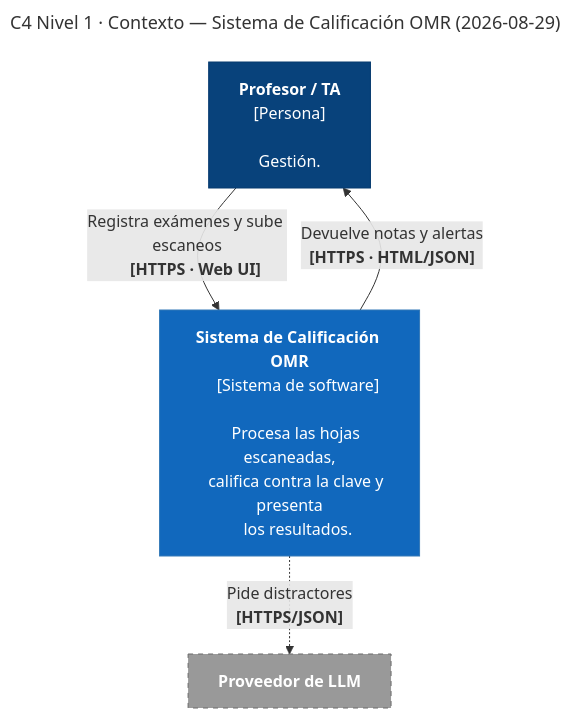
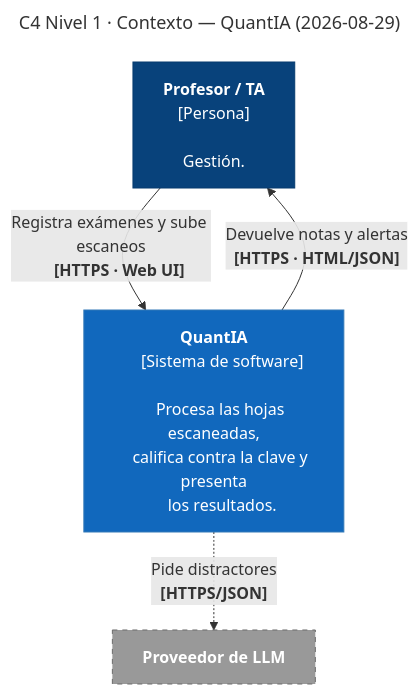
Before and after one commit to ISCOUTB/AS_202620_Sistema-de-calificacion-automatica: the first of 4 diagrams in docs/c4/doc-c4.md, drawn with Mermaid. The commit also changed other lines of this file, not shown here.

First line of the commit message:
docs(c4): usar el nombre QuantIA en los tres niveles

````diff
--- a/docs/c4/doc-c4.md
+++ b/docs/c4/doc-c4.md
@@ -28,35 +28,35 @@
 ```mermaid
 ---
-title: "C4 Nivel 1 · Contexto — Sistema de Calificación OMR (2026-08-29)"
+title: "C4 Nivel 1 · Contexto — QuantIA (2026-08-29)"
 ---
 flowchart TB
     profesor["<b>Profesor / TA</b>
     [Persona]
 
     Gestión."]
 
-    sistema["<b>Sistema de Calificación OMR</b>
+    sistema["<b>QuantIA</b>
     [Sistema de software]
 
     Procesa las hojas escaneadas,
     califica contra la clave y presenta
     los resultados."]
 
     llm["<b>Proveedor de LLM</b>
     "]
 
     profesor -->|"Registra exámenes y sube escaneos
     <b>[HTTPS · Web UI]</b>"| sistema
     sistema -->|"Devuelve notas y alertas
     <b>[HTTPS · HTML/JSON]</b>"| profesor
     sistema -.->|"Pide distractores
     <b>[HTTPS/JSON]</b>"| llm
 
     classDef person fill:#08427B,stroke:#073B6F,color:#ffffff
     classDef system fill:#1168BD,stroke:#3379B7,color:#ffffff
     classDef external fill:#999999,stroke:#6B6B6B,color:#ffffff,stroke-dasharray: 5 5
 
     class profesor person
     class sistema system
     class llm external
 ```
````
